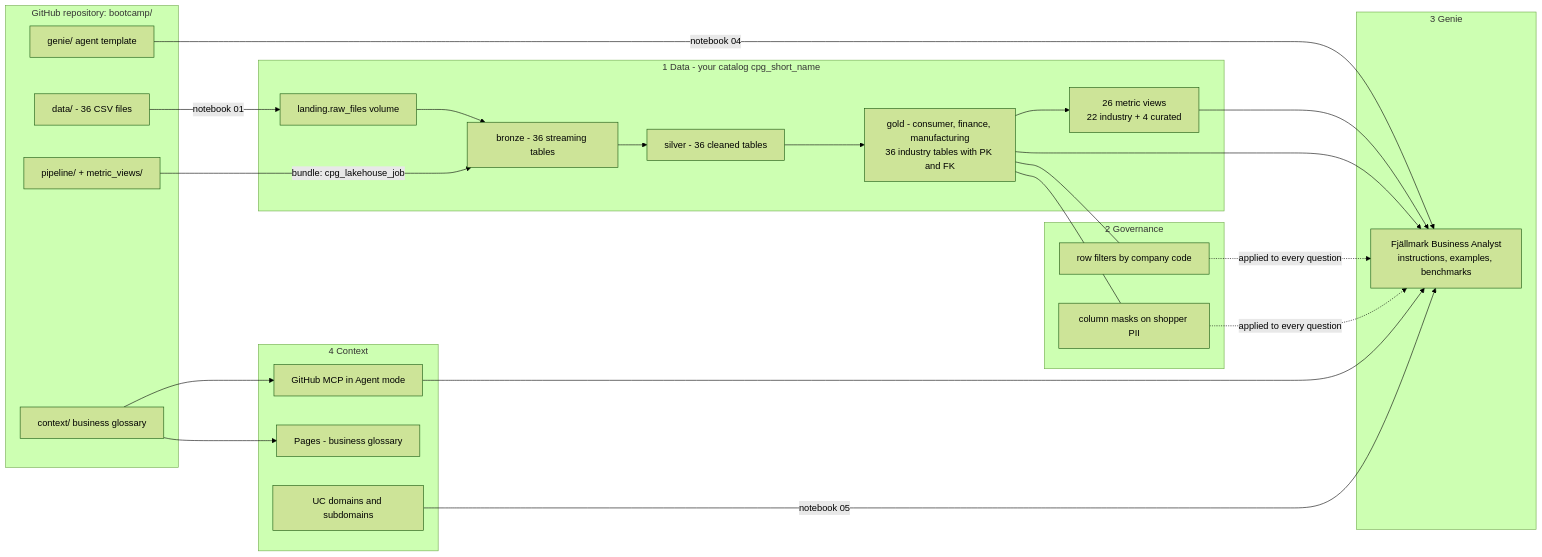
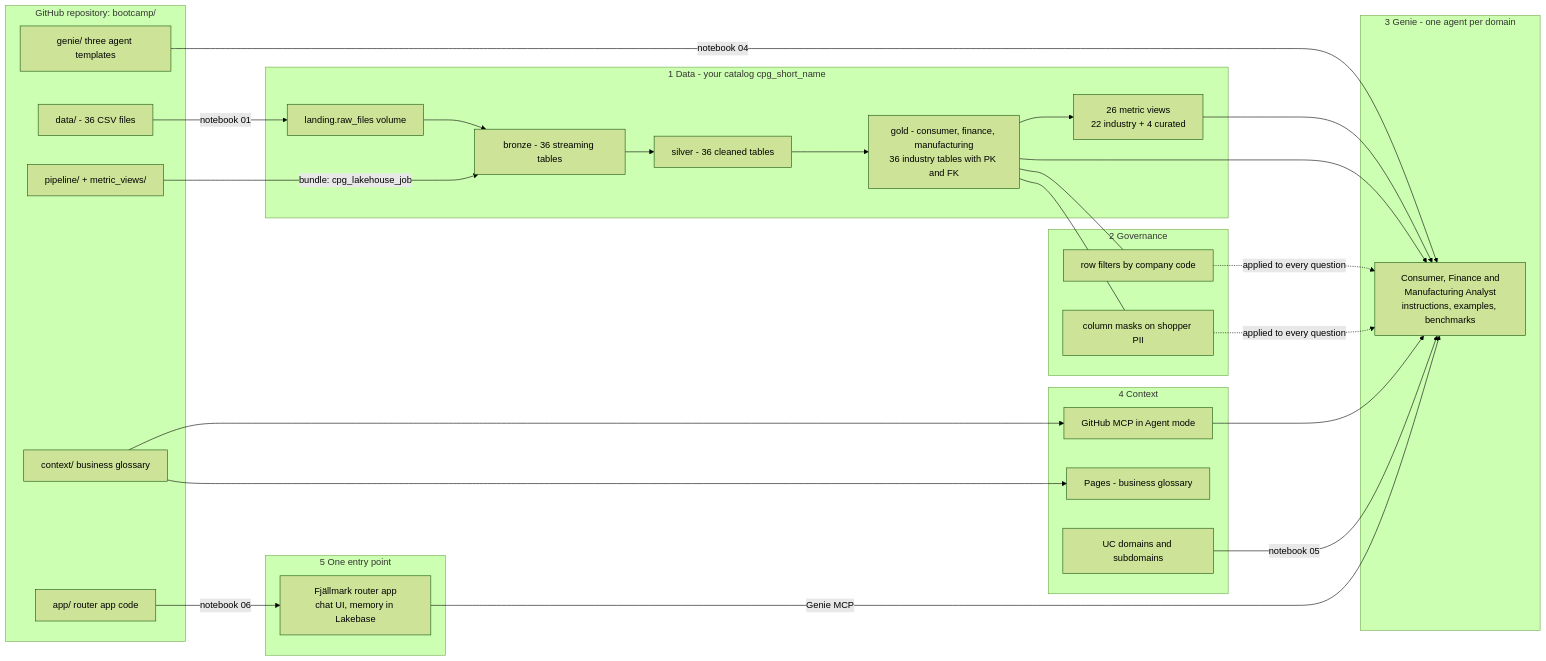
The diagram in bootcamp/README.md (dediggibyte/genie_bootcamp), drawn with Mermaid (forest theme) before and after one commit. The commit also changed other lines of this file and 39 other files, not shown here.

````diff
--- a/bootcamp/README.md
+++ b/bootcamp/README.md
@@ -67,47 +71,54 @@
 ```mermaid
 flowchart LR
     subgraph REPO["GitHub repository: bootcamp/"]
         CSV["data/ - 36 CSV files"]
         SQL["pipeline/ + metric_views/"]
-        TPL["genie/ agent template"]
+        TPL["genie/ three agent templates"]
+        APPC["app/ router app code"]
         CTX["context/ business glossary"]
     end
 
     subgraph DATA["1 Data - your catalog cpg_short_name"]
         VOL["landing.raw_files volume"]
         BR["bronze - 36 streaming tables"]
         SI["silver - 36 cleaned tables"]
         GO["gold - consumer, finance, manufacturing<br/>36 industry tables with PK and FK"]
         MV["26 metric views<br/>22 industry + 4 curated"]
         VOL --> BR --> SI --> GO --> MV
     end
 
     subgraph GOV["2 Governance"]
         RF["row filters by company code"]
         CM["column masks on shopper PII"]
     end
 
-    subgraph GEN["3 Genie"]
-        AG["Fjällmark Business Analyst<br/>instructions, examples, benchmarks"]
+    subgraph GEN["3 Genie - one agent per domain"]
+        AG["Consumer, Finance and<br/>Manufacturing Analyst<br/>instructions, examples, benchmarks"]
+    end
+
+    subgraph APPS["5 One entry point"]
+        RT["Fjällmark router app<br/>chat UI, memory in Lakebase"]
     end
 
     subgraph CON["4 Context"]
         DOM["UC domains and subdomains"]
         PAG["Pages - business glossary"]
         MCP["GitHub MCP in Agent mode"]
     end
 
     CSV -->|"notebook 01"| VOL
     SQL -->|"bundle: cpg_lakehouse_job"| BR
     GO --- RF
     GO --- CM
     TPL -->|"notebook 04"| AG
     MV --> AG
     GO --> AG
     RF -.->|"applied to every question"| AG
     CM -.->|"applied to every question"| AG
     CTX --> PAG
     CTX --> MCP
     MCP --> AG
     DOM -->|"notebook 05"| AG
+    APPC -->|"notebook 06"| RT
+    RT -->|"Genie MCP"| AG
 ```
````
